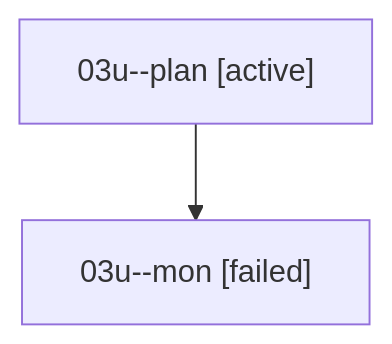
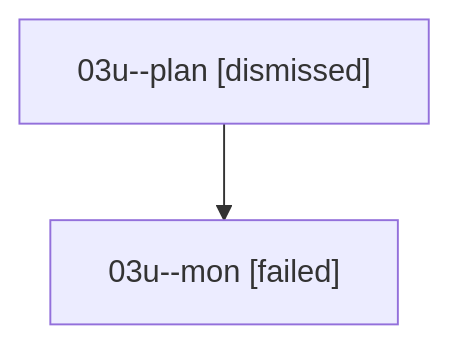
The diagram in sessions/bbugyi200.athena.03u.md (sase-org/sase--agents), drawn with Mermaid before and after one commit. The commit also changed other lines of this file and 25 other files, not shown here.

````diff
--- a/sessions/bbugyi200.athena.03u.md
+++ b/sessions/bbugyi200.athena.03u.md
@@ -9,6 +9,6 @@
 ```mermaid
 flowchart TD
-  n0["03u--plan [active]"]
+  n0["03u--plan [dismissed]"]
   n1["03u--mon [failed]"]
   n0 --> n1
 ```
````
